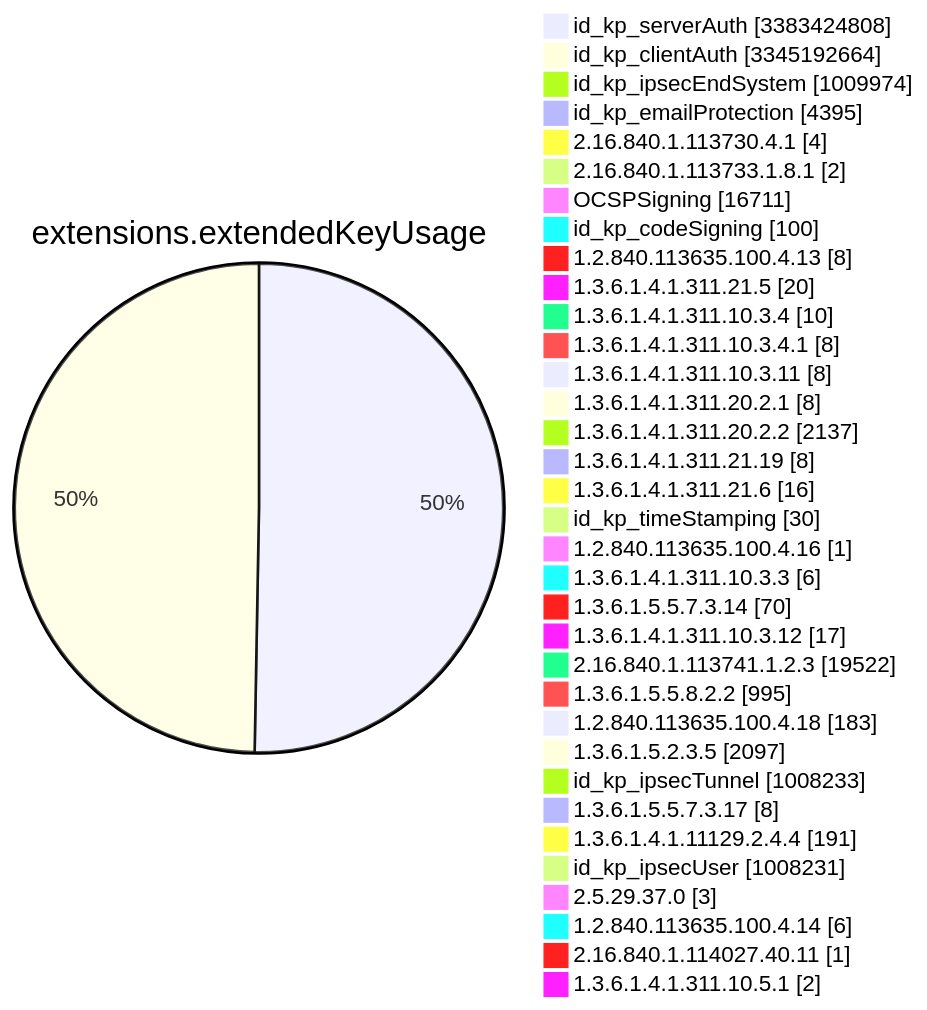
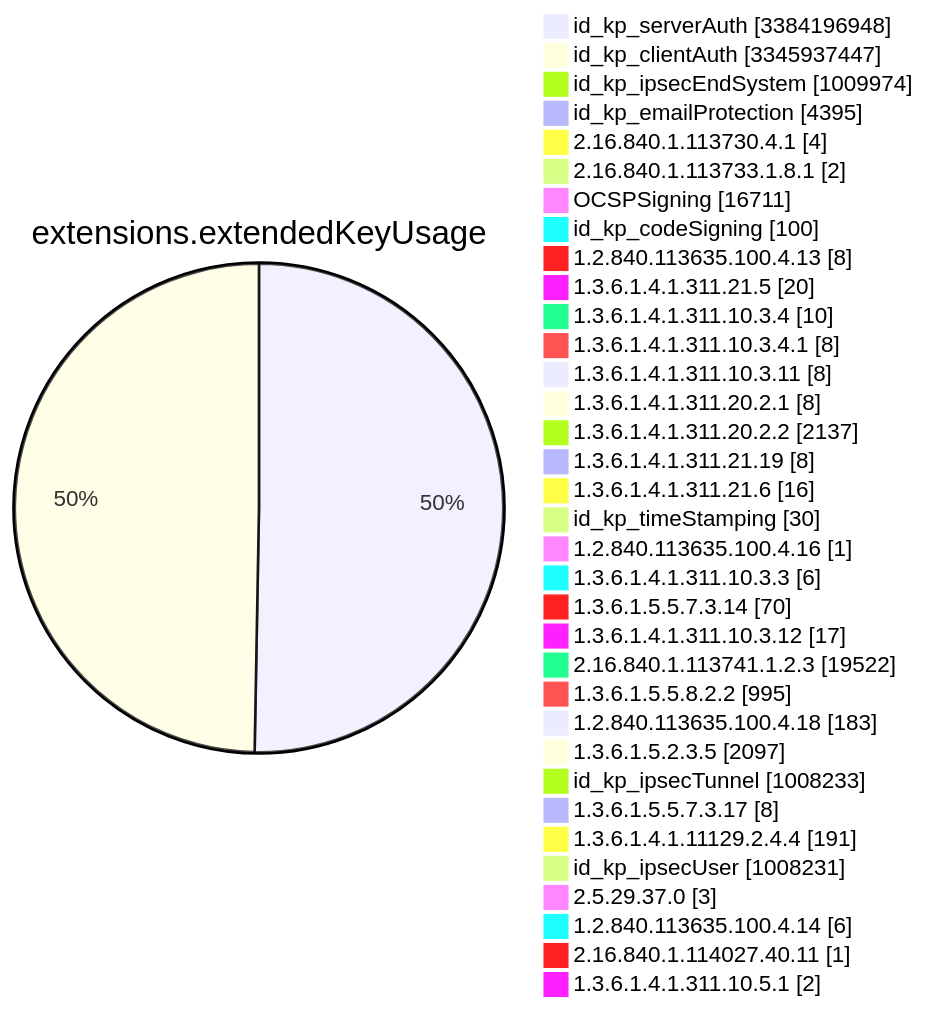
Before and after one commit to christiankrug/ctmonitor_visualization: diagram 11 of 15 in TOTAL/README.md, drawn with Mermaid. The commit also changed other lines of this file, not shown here.

````diff
--- a/TOTAL/README.md
+++ b/TOTAL/README.md
@@ -4120,38 +4121,38 @@
 ```mermaid
 pie showData
 title extensions.extendedKeyUsage
-"id_kp_serverAuth" :3383424808
-"id_kp_clientAuth" :3345192664
+"id_kp_serverAuth" :3384196948
+"id_kp_clientAuth" :3345937447
 "id_kp_ipsecEndSystem" :1009974
 "id_kp_emailProtection" :4395
 "2.16.840.1.113730.4.1" :4
 "2.16.840.1.113733.1.8.1" :2
 "OCSPSigning" :16711
 "id_kp_codeSigning" :100
 "1.2.840.113635.100.4.13" :8
 "1.3.6.1.4.1.311.21.5" :20
 "1.3.6.1.4.1.311.10.3.4" :10
 "1.3.6.1.4.1.311.10.3.4.1" :8
 "1.3.6.1.4.1.311.10.3.11" :8
 "1.3.6.1.4.1.311.20.2.1" :8
 "1.3.6.1.4.1.311.20.2.2" :2137
 "1.3.6.1.4.1.311.21.19" :8
 "1.3.6.1.4.1.311.21.6" :16
 "id_kp_timeStamping" :30
 "1.2.840.113635.100.4.16" :1
 "1.3.6.1.4.1.311.10.3.3" :6
 "1.3.6.1.5.5.7.3.14" :70
 "1.3.6.1.4.1.311.10.3.12" :17
 "2.16.840.1.113741.1.2.3" :19522
 "1.3.6.1.5.5.8.2.2" :995
 "1.2.840.113635.100.4.18" :183
 "1.3.6.1.5.2.3.5" :2097
 "id_kp_ipsecTunnel" :1008233
 "1.3.6.1.5.5.7.3.17" :8
 "1.3.6.1.4.1.11129.2.4.4" :191
 "id_kp_ipsecUser" :1008231
 "2.5.29.37.0" :3
 "1.2.840.113635.100.4.14" :6
 "2.16.840.1.114027.40.11" :1
 "1.3.6.1.4.1.311.10.5.1" :2
 ```
````
